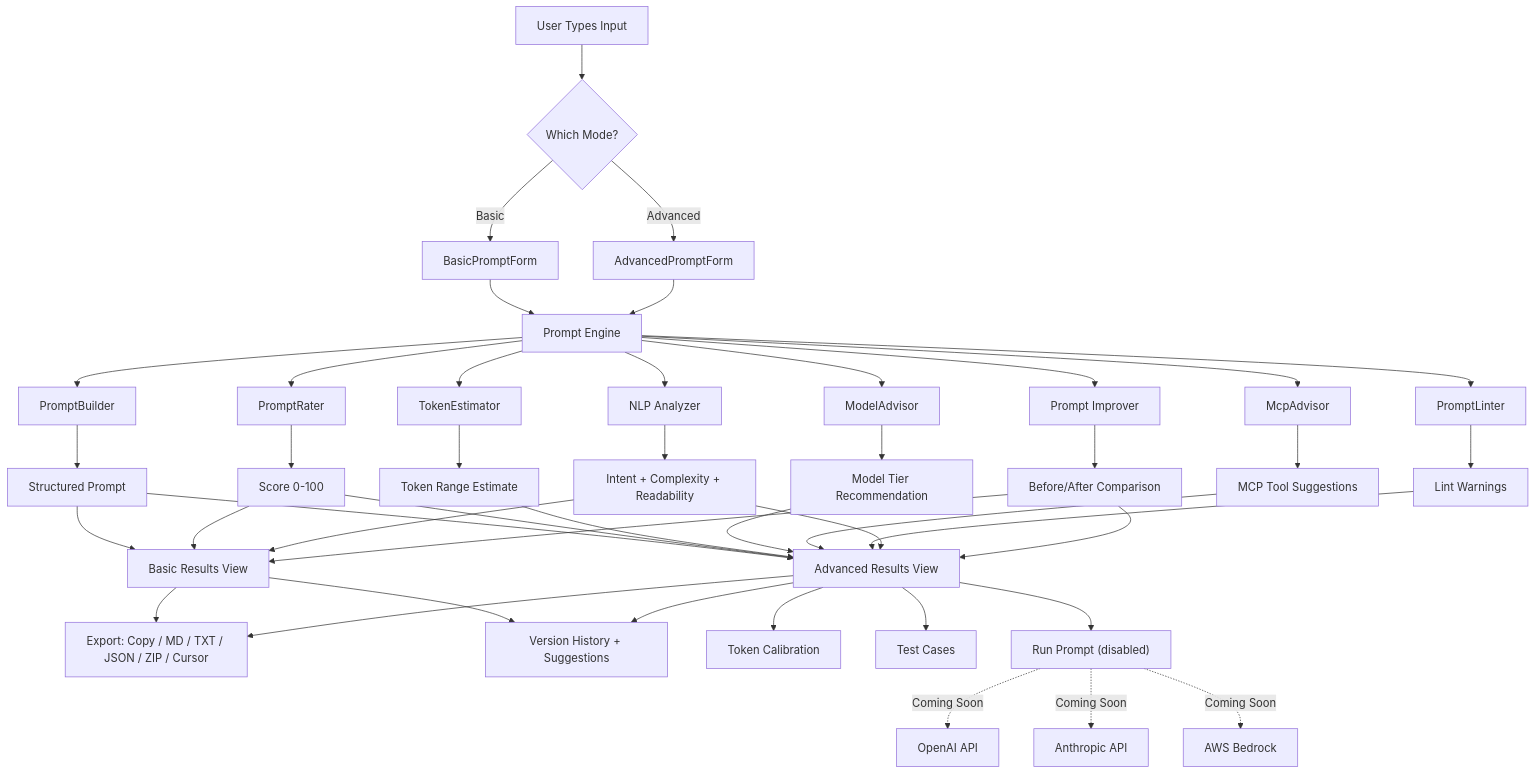
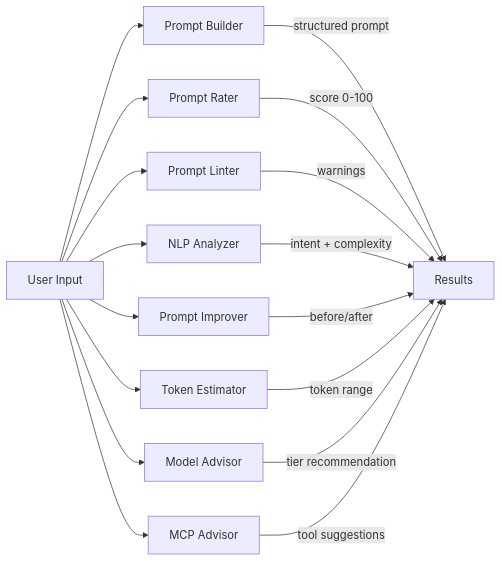
One commit to girijashankarj/garry-clear-prompt changed the third of 7 diagrams in README.md. Above: the diagram before and after it, drawn with Mermaid. The commit also changed other lines of this file and 151 other files, not shown here.

````diff
--- a/README.md
+++ b/README.md
@@ -125,54 +195,20 @@
 ```mermaid
-flowchart TD
-    UserInput[User Types Input] --> ModeCheck{Which Mode?}
-    ModeCheck -->|Basic| BasicForm[BasicPromptForm]
-    ModeCheck -->|Advanced| AdvancedForm[AdvancedPromptForm]
+flowchart LR
+    Input[User Input] --> Builder[Prompt Builder]
+    Input --> Rater[Prompt Rater]
+    Input --> Linter[Prompt Linter]
+    Input --> NLP[NLP Analyzer]
+    Input --> Improver[Prompt Improver]
+    Input --> TokenEst[Token Estimator]
+    Input --> ModelAdv[Model Advisor]
+    Input --> McpAdv[MCP Advisor]
 
-    BasicForm --> Engine[Prompt Engine]
-    AdvancedForm --> Engine
-
-    Engine --> Builder[PromptBuilder]
-    Engine --> Rater[PromptRater]
-    Engine --> TokenEst[TokenEstimator]
-    Engine --> ModelAdv[ModelAdvisor]
-    Engine --> McpAdv[McpAdvisor]
-    Engine --> Linter[PromptLinter]
-    Engine --> NLP[NLP Analyzer]
-    Engine --> Improver[Prompt Improver]
-
-    Builder --> Output[Structured Prompt]
-    Rater --> Score["Score 0-100"]
-    TokenEst --> Tokens["Token Range Estimate"]
-    ModelAdv --> ModelRec[Model Tier Recommendation]
-    McpAdv --> McpRec[MCP Tool Suggestions]
-    Linter --> Warnings[Lint Warnings]
-    NLP --> Analysis[Intent + Complexity + Readability]
-    Improver --> BeforeAfter[Before/After Comparison]
-
-    Output --> BasicResults[Basic Results View]
-    Score --> BasicResults
-    Analysis --> BasicResults
-    BeforeAfter --> BasicResults
-
-    Output --> AdvancedResults[Advanced Results View]
-    Score --> AdvancedResults
-    Tokens --> AdvancedResults
-    ModelRec --> AdvancedResults
-    McpRec --> AdvancedResults
-    Warnings --> AdvancedResults
-    Analysis --> AdvancedResults
-    BeforeAfter --> AdvancedResults
-
-    BasicResults --> Export[Export: Copy / MD / TXT / JSON / ZIP / Cursor]
-    AdvancedResults --> Export
-
-    BasicResults --> Versioning[Version History + Suggestions]
-    AdvancedResults --> Versioning
-    AdvancedResults --> Calibration[Token Calibration]
-    AdvancedResults --> TestCases[Test Cases]
-    AdvancedResults --> LlmRunner["Run Prompt (disabled)"]
-
-    LlmRunner -.->|Coming Soon| OpenAI[OpenAI API]
-    LlmRunner -.->|Coming Soon| Anthropic[Anthropic API]
-    LlmRunner -.->|Coming Soon| Bedrock[AWS Bedrock]
+    Builder --> |structured prompt| Output[Results]
+    Rater --> |score 0-100| Output
+    Linter --> |warnings| Output
+    NLP --> |intent + complexity| Output
+    Improver --> |before/after| Output
+    TokenEst --> |token range| Output
+    ModelAdv --> |tier recommendation| Output
+    McpAdv --> |tool suggestions| Output
 ```
````
